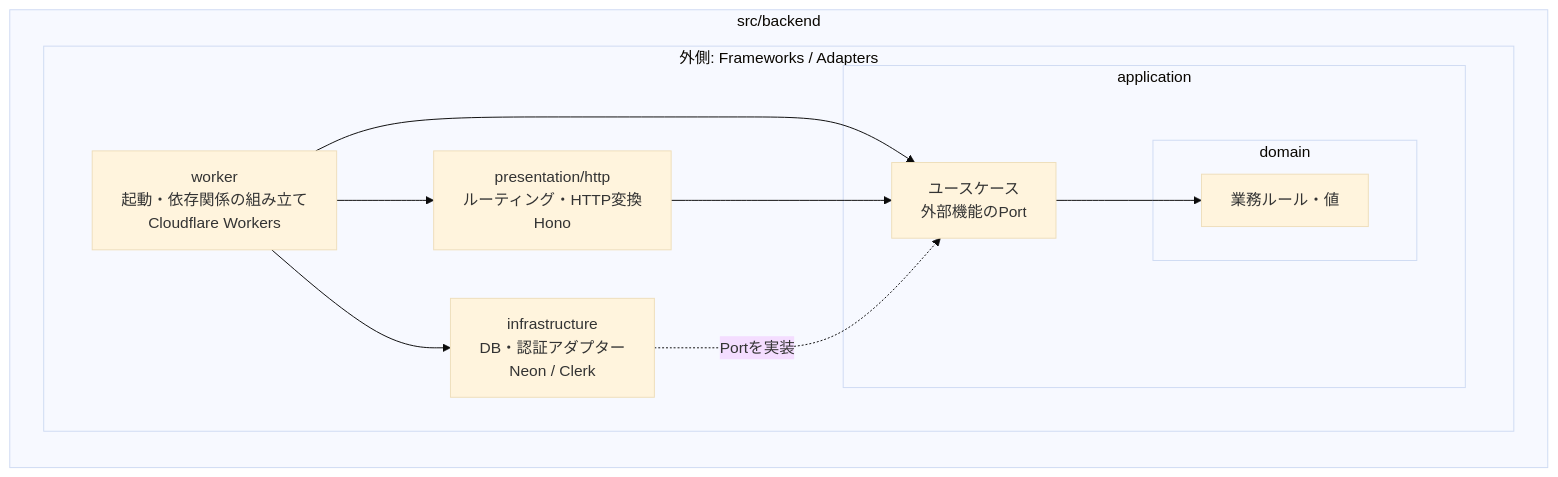
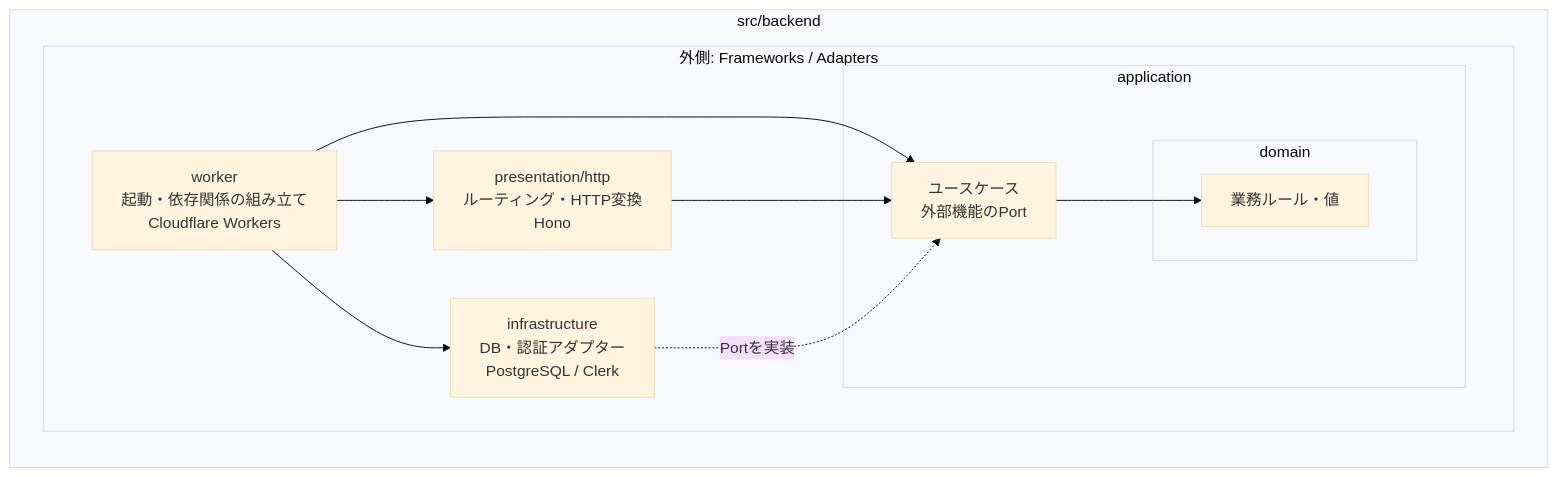
One commit to gananana24/budget-app changed the diagram in docs/tech-stack.md. Above: the diagram before and after it, drawn with Mermaid (base theme). The commit also changed other lines of this file and 32 other files, not shown here.

````diff
--- a/docs/tech-stack.md
+++ b/docs/tech-stack.md
@@ -11,24 +11,24 @@
 ```mermaid
 flowchart TB
 	 subgraph Backend["src/backend"]
 		direction TB
 		subgraph Outer["外側: Frameworks / Adapters"]
 			Worker["worker<br/>起動・依存関係の組み立て<br/>Cloudflare Workers"]
 			Presentation["presentation/http<br/>ルーティング・HTTP変換<br/>Hono"]
-			Infrastructure["infrastructure<br/>DB・認証アダプター<br/>Neon / Clerk"]
+			Infrastructure["infrastructure<br/>DB・認証アダプター<br/>PostgreSQL / Clerk"]
 			subgraph Application["application"]
 				UseCases["ユースケース<br/>外部機能のPort"]
 				subgraph Domain["domain"]
 					Rules["業務ルール・値"]
 				end
 			end
 		end
 
 		Worker --> Presentation
 		Worker --> Infrastructure
 		Worker --> UseCases
 		Presentation --> UseCases
 		Infrastructure -. "Portを実装" .-> UseCases
 		UseCases --> Rules
 	end
 ```
````
